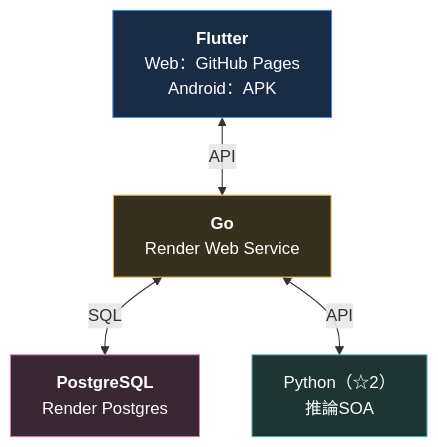
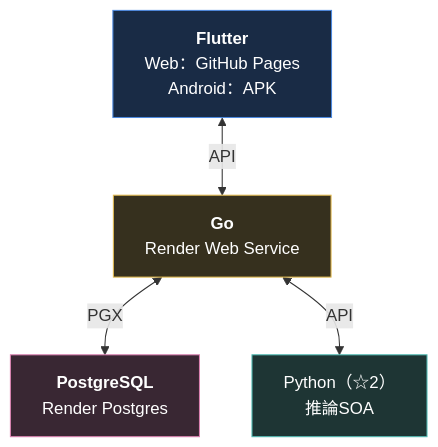
One commit to Track-Record-ShipLabHackathon/WatchDenchi_app changed the diagram in README.md. Above: the diagram before and after it, drawn with Mermaid. The commit also changed other lines of this file and 4 other files, not shown here.

````diff
--- a/README.md
+++ b/README.md
@@ -14,21 +16,21 @@
 ```mermaid
 flowchart TB
     Flutter["<strong>Flutter</strong><br/>Web：GitHub Pages<br/>Android：APK"]
     Go["<strong>Go</strong><br/>Render Web Service"]
     DB["<strong>PostgreSQL</strong><br/>Render Postgres"]
     Python["Python（☆2）<br/>推論SOA<br/>"]
 
     Flutter <-->|API| Go
-    Go <-->|SQL| DB
+    Go <-->|PGX| DB
     Go <-->|API| Python
 
     classDef frontend fill:#192b45,stroke:#4c89de,color:#fff
     classDef backend fill:#36301e,stroke:#e2ba50,color:#fff
     classDef database fill:#392733,stroke:#dc83b2,color:#fff
     classDef inference fill:#1e3534,stroke:#53bdb6,color:#fff
 
     class Flutter frontend
     class Go backend
     class DB database
     class Python inference
 ```
````
